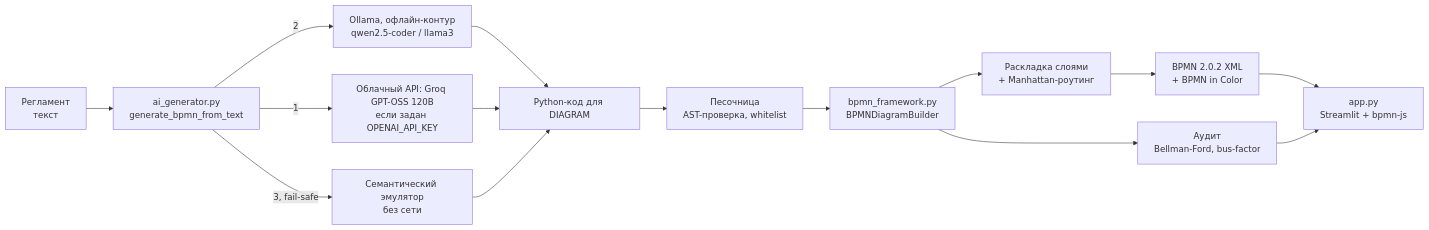
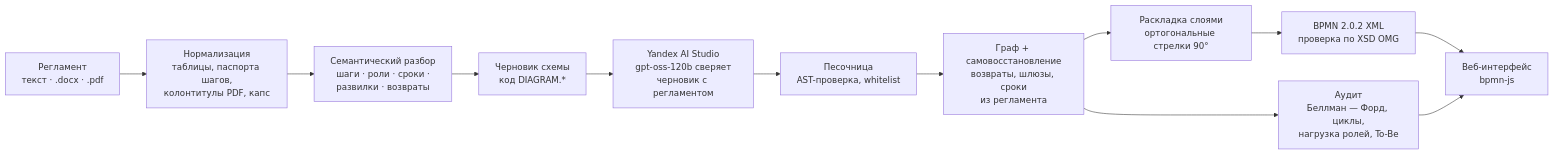
The diagram in README.md (ivan-dunaev-ml/bpmn-ai-architect), drawn with Mermaid before and after one commit. The commit also changed other lines of this file and 2 other files, not shown here.

First line of the commit message:
Финальный релиз: Yandex AI Studio по умолчанию, свой текст не откатывается, новый README

````diff
--- a/README.md
+++ b/README.md
@@ -99,17 +32,14 @@
 ```mermaid
 flowchart LR
-    U[Регламент<br/>текст] --> AI[ai_generator.py<br/>generate_bpmn_from_text]
-    AI -->|1| OA[Облачный API: Groq GPT-OSS 120B<br/>если задан OPENAI_API_KEY]
-    AI -->|2| OL[Ollama, офлайн-контур<br/>qwen2.5-coder / llama3]
-    AI -->|3, fail-safe| EM[Семантический эмулятор<br/>без сети]
-    OL --> CODE[Python-код для DIAGRAM]
-    OA --> CODE
-    EM --> CODE
-    CODE --> SB[Песочница<br/>AST-проверка, whitelist]
-    SB --> FW[bpmn_framework.py<br/>BPMNDiagramBuilder]
-    FW --> L[Раскладка слоями<br/>+ Manhattan-роутинг]
-    FW --> A[Аудит<br/>Bellman-Ford, bus-factor]
-    L --> X[BPMN 2.0.2 XML<br/>+ BPMN in Color]
-    X --> UI[app.py<br/>Streamlit + bpmn-js]
+    R[Регламент<br/>текст · .docx · .pdf] --> N[Нормализация<br/>таблицы, паспорта шагов,<br/>колонтитулы PDF, капс]
+    N --> P[Семантический разбор<br/>шаги · роли · сроки ·<br/>развилки · возвраты]
+    P --> D[Черновик схемы<br/>код DIAGRAM.*]
+    D --> M[Yandex AI Studio<br/>gpt-oss-120b сверяет<br/>черновик с регламентом]
+    M --> S[Песочница<br/>AST-проверка, whitelist]
+    S --> G[Граф + самовосстановление<br/>возвраты, шлюзы, сроки<br/>из регламента]
+    G --> L[Раскладка слоями<br/>ортогональные стрелки 90°]
+    L --> X[BPMN 2.0.2 XML<br/>проверка по XSD OMG]
+    G --> A[Аудит<br/>Беллман — Форд, циклы,<br/>нагрузка ролей, To-Be]
+    X --> UI[Веб-интерфейс<br/>bpmn-js]
     A --> UI
 ```
````
